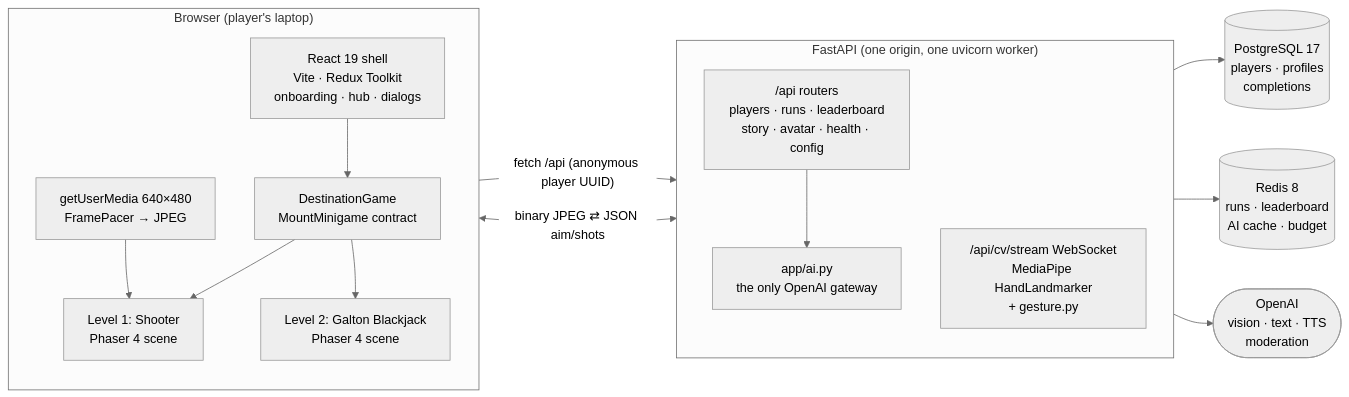
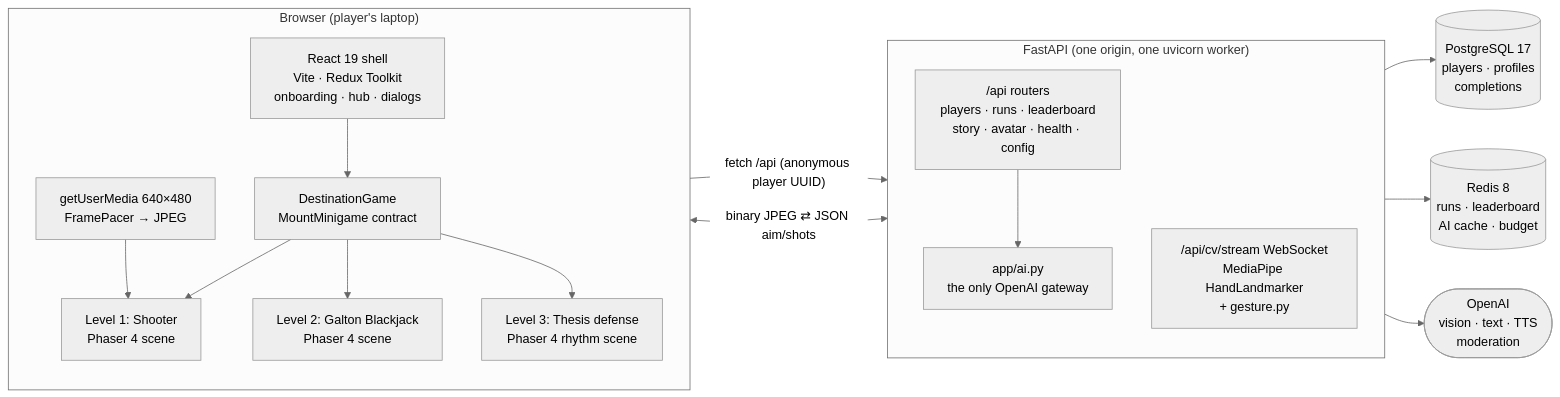
Before and after one commit to DEOIST/viscon26-main: the first of 5 diagrams in README.md, drawn with Mermaid (neutral theme). The commit also changed other lines of this file and 5 other files, not shown here.

````diff
--- a/README.md
+++ b/README.md
@@ -89,33 +105,35 @@
 ```mermaid
 flowchart LR
     subgraph Browser["Browser (player's laptop)"]
         direction TB
         Shell["React 19 shell<br/>Vite · Redux Toolkit<br/>onboarding · hub · dialogs"]
         Host["DestinationGame<br/>MountMinigame contract"]
         L1["Level 1: Shooter<br/>Phaser 4 scene"]
         L2["Level 2: Galton Blackjack<br/>Phaser 4 scene"]
+        L3["Level 3: Thesis defense<br/>Phaser 4 rhythm scene"]
         Cam["getUserMedia 640×480<br/>FramePacer → JPEG"]
         Shell --> Host
         Host --> L1
         Host --> L2
+        Host --> L3
         Cam --> L1
     end
 
     subgraph Server["FastAPI (one origin, one uvicorn worker)"]
         direction TB
         API["/api routers<br/>players · runs · leaderboard<br/>story · avatar · health · config"]
         CV["/api/cv/stream WebSocket<br/>MediaPipe HandLandmarker<br/>+ gesture.py"]
         AI["app/ai.py<br/>the only OpenAI gateway"]
     end
 
     PG[("PostgreSQL 17<br/>players · profiles<br/>completions")]
     RD[("Redis 8<br/>runs · leaderboard<br/>AI cache · budget")]
     OAI(["OpenAI<br/>vision · text · TTS<br/>moderation"])
 
     Shell -- "fetch /api (anonymous player UUID)" --> API
     L1 <-- "binary JPEG ⇄ JSON aim/shots" --> CV
     API --> PG
     API --> RD
     API --> AI
     AI --> OAI
 ```
````
